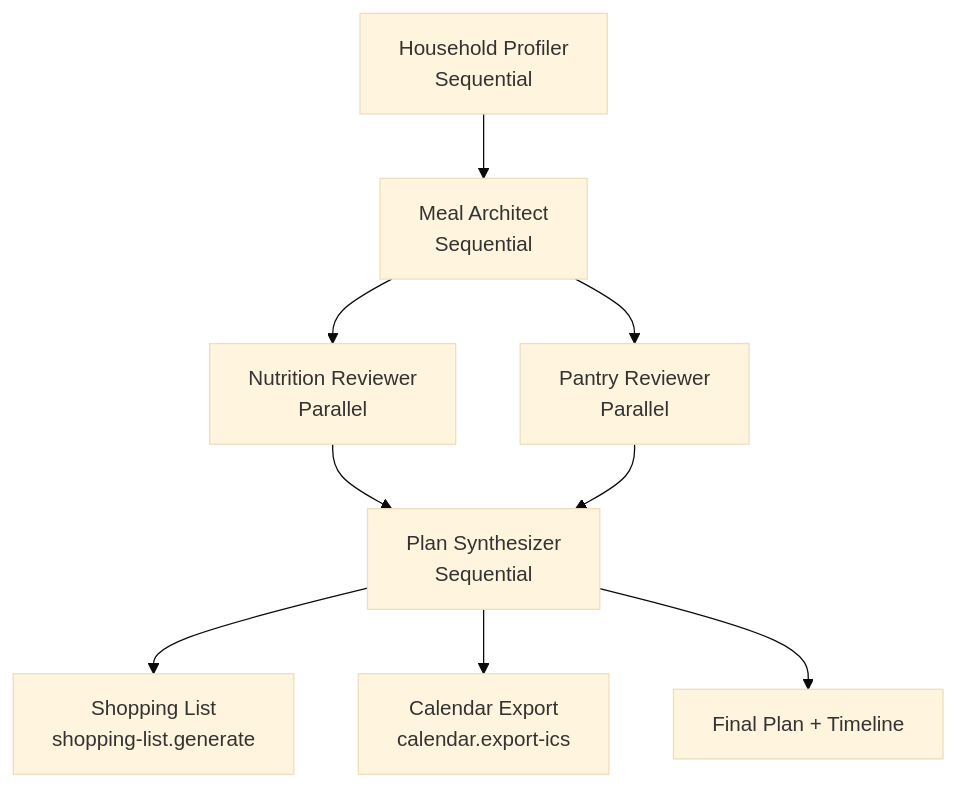
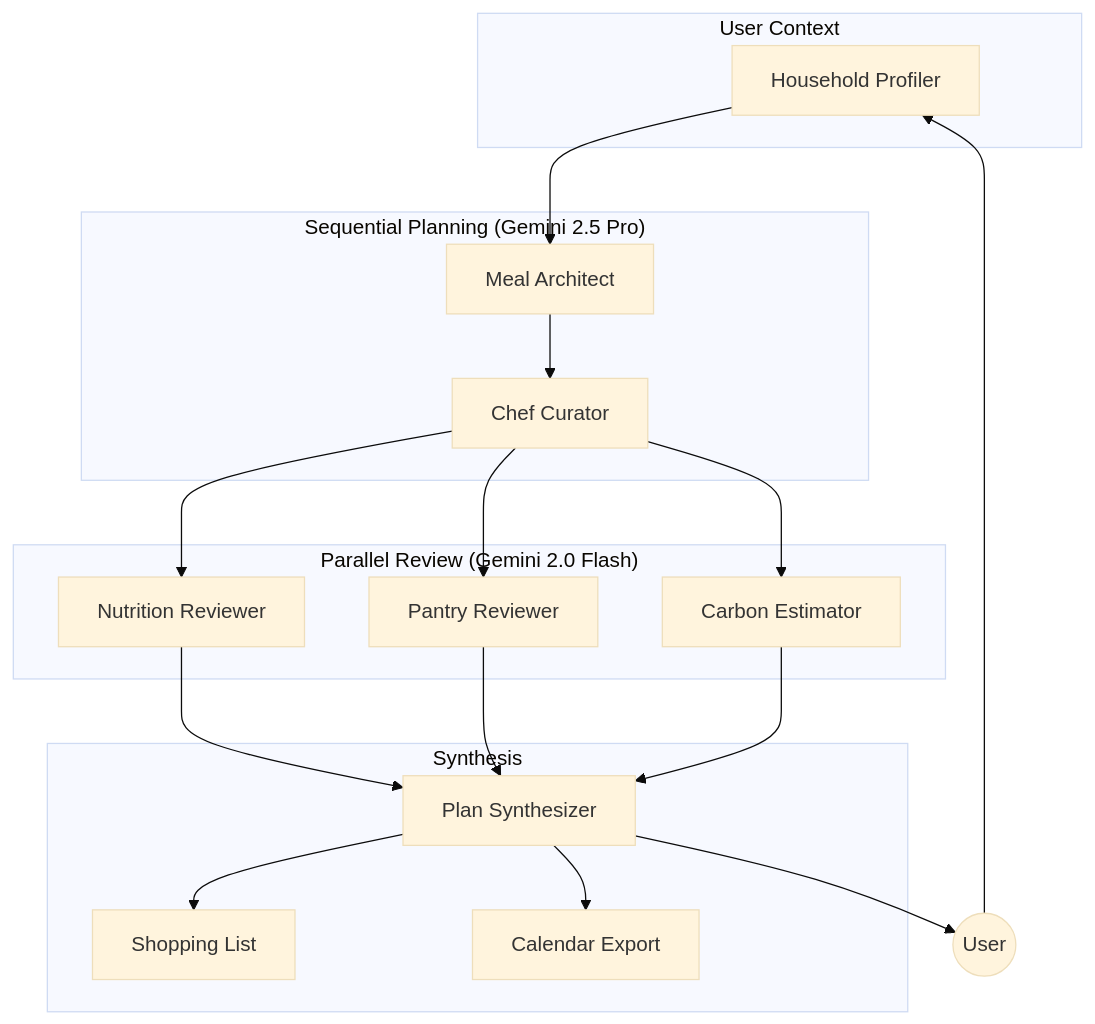
The diagram in README.md (KevinLefevre/EcoFood), drawn with Mermaid (base theme) before and after one commit. The commit also changed other lines of this file and 1 other file, not shown here.

Commit message:
docs: rewrite README to detail Kaggle submission and new architecture, and delete ROADMAP.

````diff
--- a/README.md
+++ b/README.md
@@ -39,11 +36,28 @@
 ```mermaid
 graph TD
-  A[Household Profiler<br/>Sequential] --> B[Meal Architect<br/>Sequential]
-  B --> C1[Nutrition Reviewer<br/>Parallel]
-  B --> C2[Pantry Reviewer<br/>Parallel]
-  C1 --> D[Plan Synthesizer<br/>Sequential]
-  C2 --> D
-  D --> E[Shopping List<br/>shopping-list.generate]
-  D --> F[Calendar Export<br/>calendar.export-ics]
-  D --> G[Final Plan + Timeline]
+  subgraph User Context
+    HP[Household Profiler]
+  end
+
+  subgraph "Sequential Planning (Gemini 2.5 Pro)"
+    HP --> MA[Meal Architect]
+    MA --> CC[Chef Curator]
+  end
+
+  subgraph "Parallel Review (Gemini 2.0 Flash)"
+    CC --> NR[Nutrition Reviewer]
+    CC --> PR[Pantry Reviewer]
+    CC --> CE[Carbon Estimator]
+  end
+
+  subgraph Synthesis
+    NR --> PS[Plan Synthesizer]
+    PR --> PS
+    CE --> PS
+    PS --> SL[Shopping List]
+    PS --> Cal[Calendar Export]
+  end
+
+  User((User)) --> HP
+  PS --> User
 ```
````
